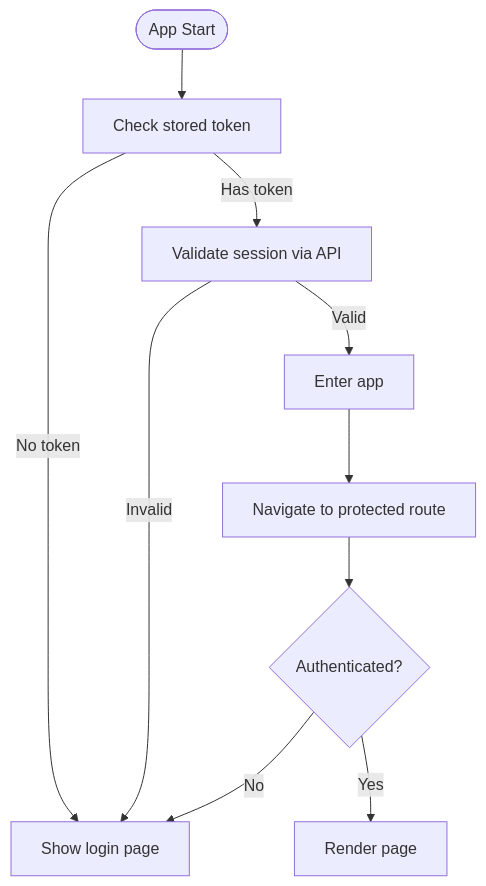
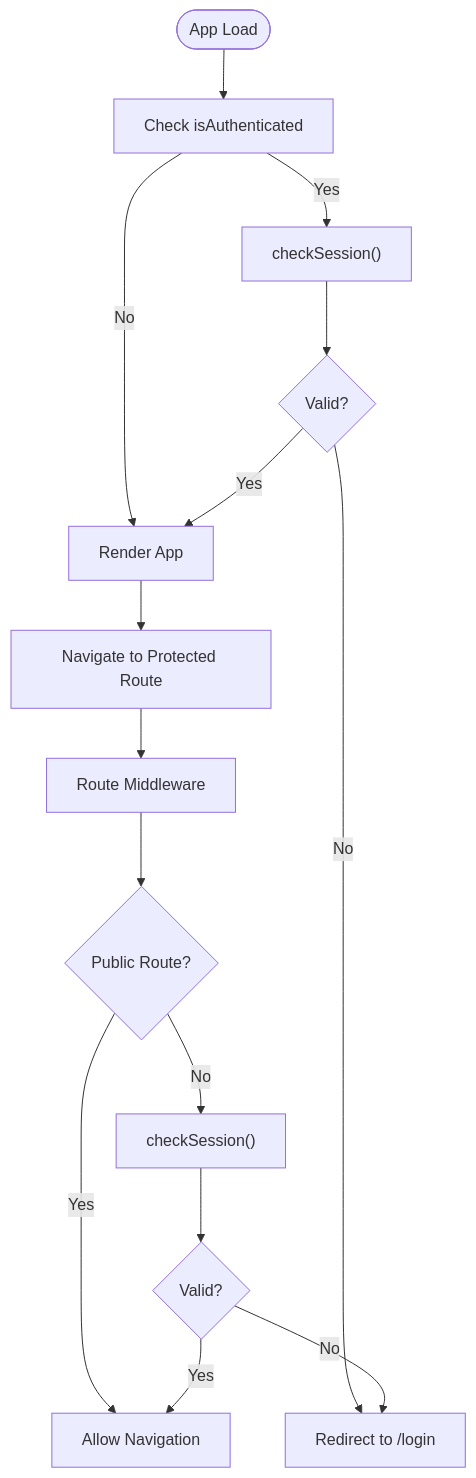
Before and after one commit to Lazynerd-Studios/lacarte-atlas-console: the fourth of 6 diagrams in .qoder/repowiki/en/content/Getting Started.md, drawn with Mermaid. The commit also changed other lines of this file and 139 other files, not shown here.

````diff
--- a/.qoder/repowiki/en/content/Getting Started.md
+++ b/.qoder/repowiki/en/content/Getting Started.md
@@ -208,12 +263,17 @@
 ```mermaid
 flowchart TD
-Start(["App Start"]) --> CheckToken["Check stored token"]
-CheckToken --> |No token| ShowLogin["Show login page"]
-CheckToken --> |Has token| ValidateSession["Validate session via API"]
-ValidateSession --> |Valid| EnterApp["Enter app"]
-ValidateSession --> |Invalid| ShowLogin
-EnterApp --> Navigate["Navigate to protected route"]
-Navigate --> Guard{"Authenticated?"}
-Guard --> |No| ShowLogin
-Guard --> |Yes| RenderPage["Render page"]
+Start(["App Load"]) --> CheckAuth["Check isAuthenticated"]
+CheckAuth --> |No| RenderApp["Render App"]
+CheckAuth --> |Yes| ValidateSession["checkSession()"]
+ValidateSession --> Valid{"Valid?"}
+Valid --> |No| RedirectLogin["Redirect to /login"]
+Valid --> |Yes| RenderApp
+RenderApp --> Nav["Navigate to Protected Route"]
+Nav --> Guard["Route Middleware"]
+Guard --> IsPublic{"Public Route?"}
+IsPublic --> |Yes| Allow["Allow Navigation"]
+IsPublic --> |No| Verify["checkSession()"]
+Verify --> Ok{"Valid?"}
+Ok --> |No| RedirectLogin
+Ok --> |Yes| Allow
 ```
````
